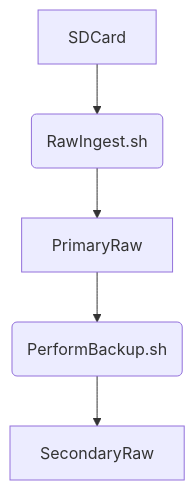
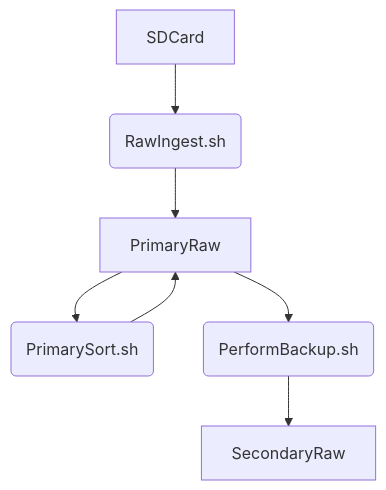
Before and after one commit to barry4356/dione: the first of 2 diagrams in README.md, drawn with Mermaid. The commit also changed other lines of this file, not shown here.

````diff
--- a/README.md
+++ b/README.md
@@ -19,7 +19,9 @@
 ``` mermaid
 graph TD;
     SDCard --> RI(RawIngest.sh);
     RI(RawIngest.sh) --> PrimaryRaw;
+    PrimaryRaw --> RS(PrimarySort.sh);
+    RS(PrimarySort.sh) --> PrimaryRaw;
     PrimaryRaw --> PB(PerformBackup.sh);
     PB(PerformBackup.sh) --> SecondaryRaw;
 ```
````
